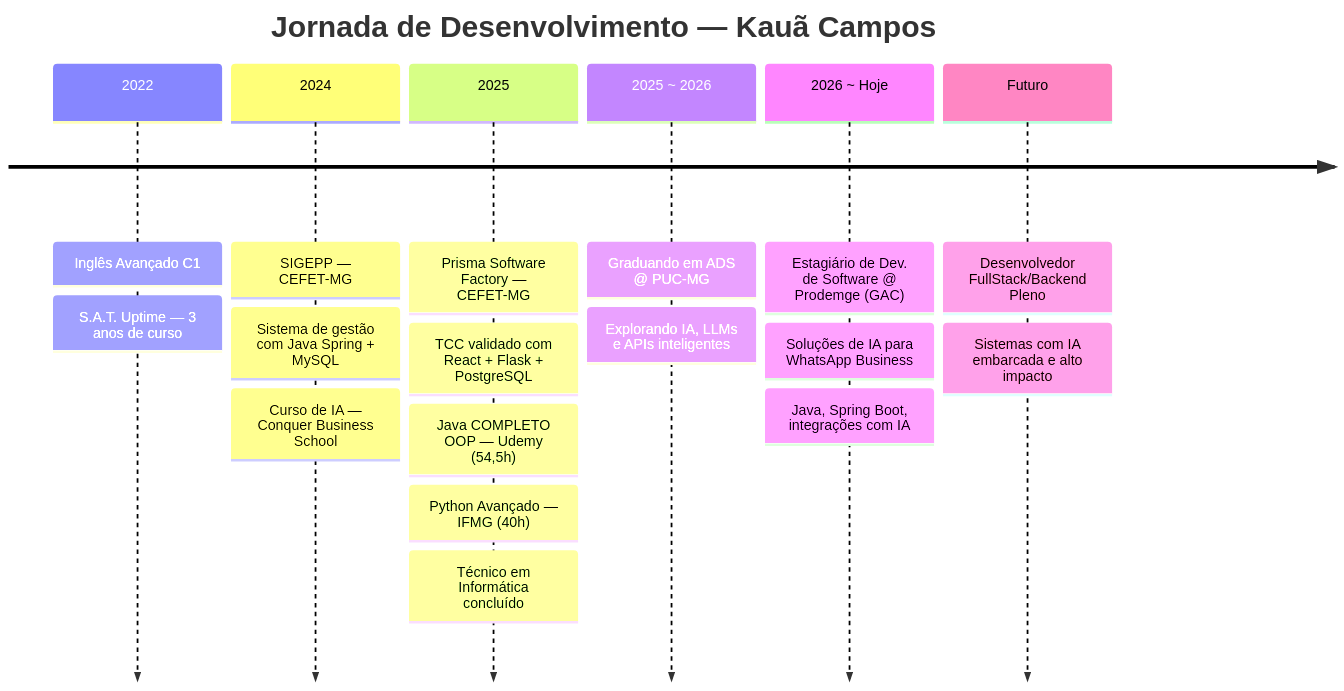
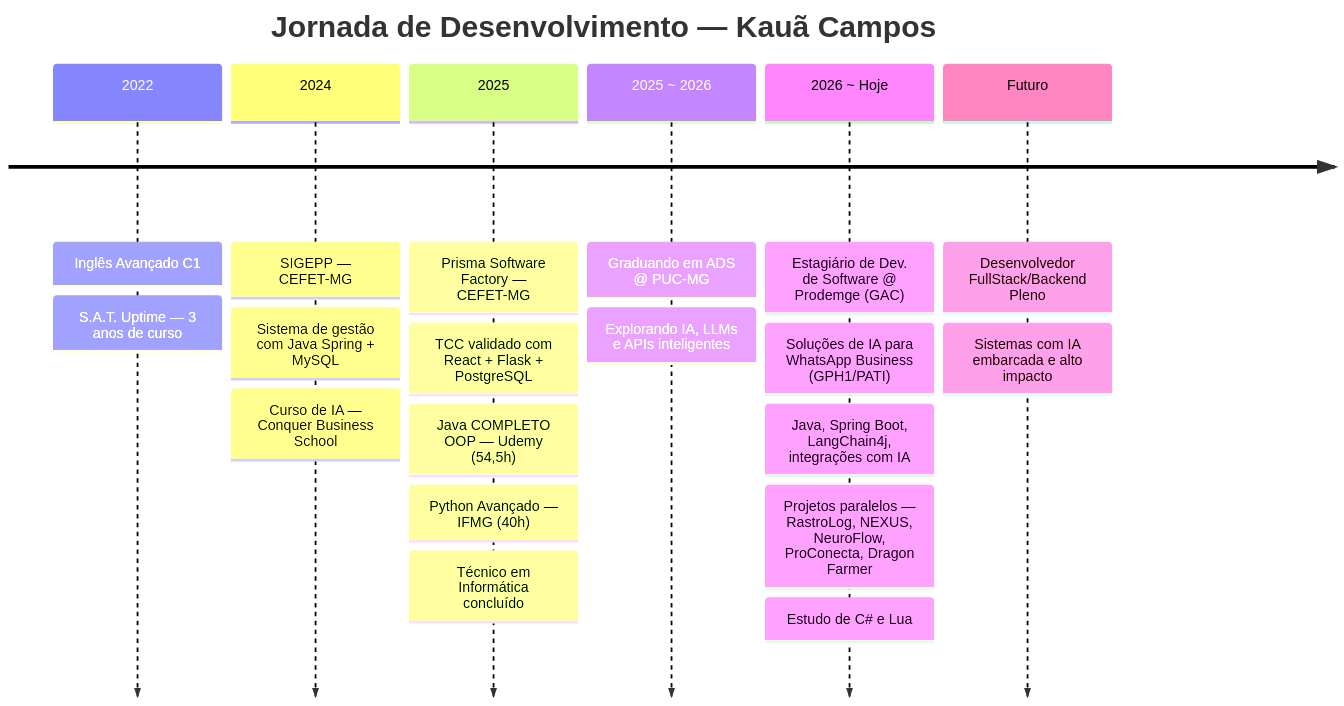
The diagram in README.md (KauaCampos/KauaCampos), drawn with Mermaid before and after one commit. The commit also changed other lines of this file, not shown here.

````diff
--- a/README.md
+++ b/README.md
@@ -149,21 +185,23 @@
 ```mermaid
 timeline
     title Jornada de Desenvolvimento — Kauã Campos
     2022         : Inglês Avançado C1
                  : S.A.T. Uptime — 3 anos de curso
     2024         : SIGEPP — CEFET-MG
                  : Sistema de gestão com Java Spring + MySQL
                  : Curso de IA — Conquer Business School
     2025         : Prisma Software Factory — CEFET-MG
                  : TCC validado com React + Flask + PostgreSQL
                  : Java COMPLETO OOP — Udemy (54,5h)
                  : Python Avançado — IFMG (40h)
                  : Técnico em Informática concluído
     2025 ~ 2026  : Graduando em ADS @ PUC-MG
                  : Explorando IA, LLMs e APIs inteligentes
     2026 ~ Hoje  : Estagiário de Dev. de Software @ Prodemge (GAC)
-                 : Soluções de IA para WhatsApp Business
-                 : Java, Spring Boot, integrações com IA
+                 : Soluções de IA para WhatsApp Business (GPH1/PATI)
+                 : Java, Spring Boot, LangChain4j, integrações com IA
+                 : Projetos paralelos — RastroLog, NEXUS, NeuroFlow, ProConecta, Dragon Farmer
+                 : Estudo de C# e Lua
     Futuro       : Desenvolvedor FullStack/Backend Pleno
                  : Sistemas com IA embarcada e alto impacto
 ```
````
